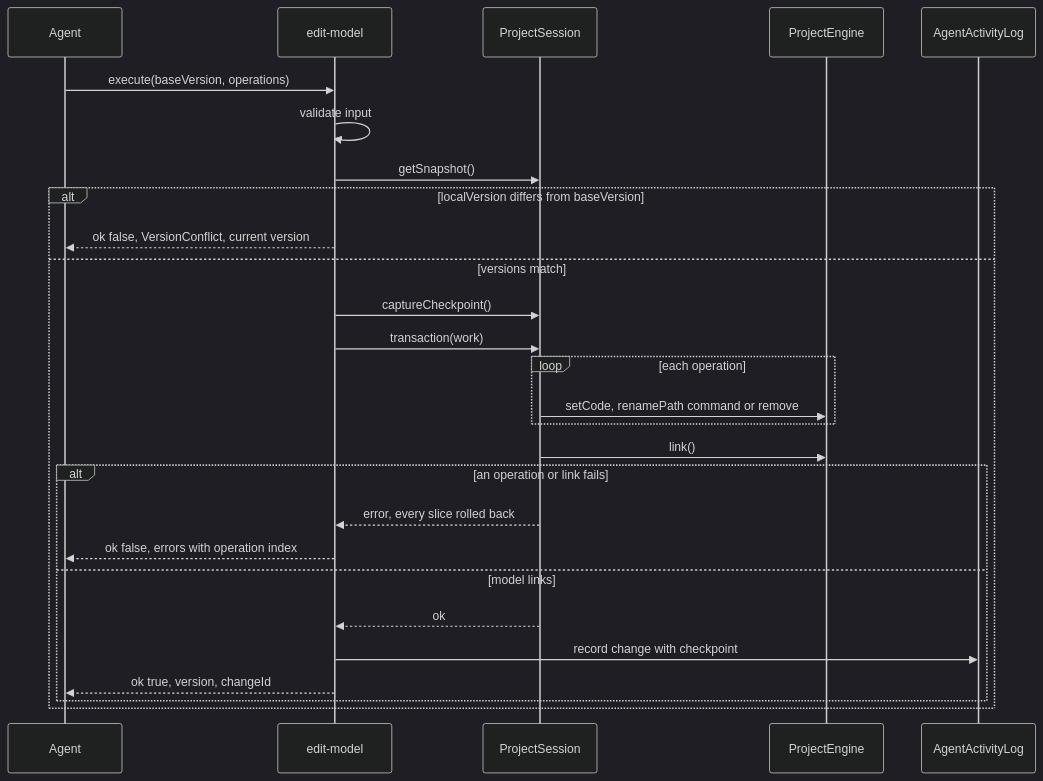
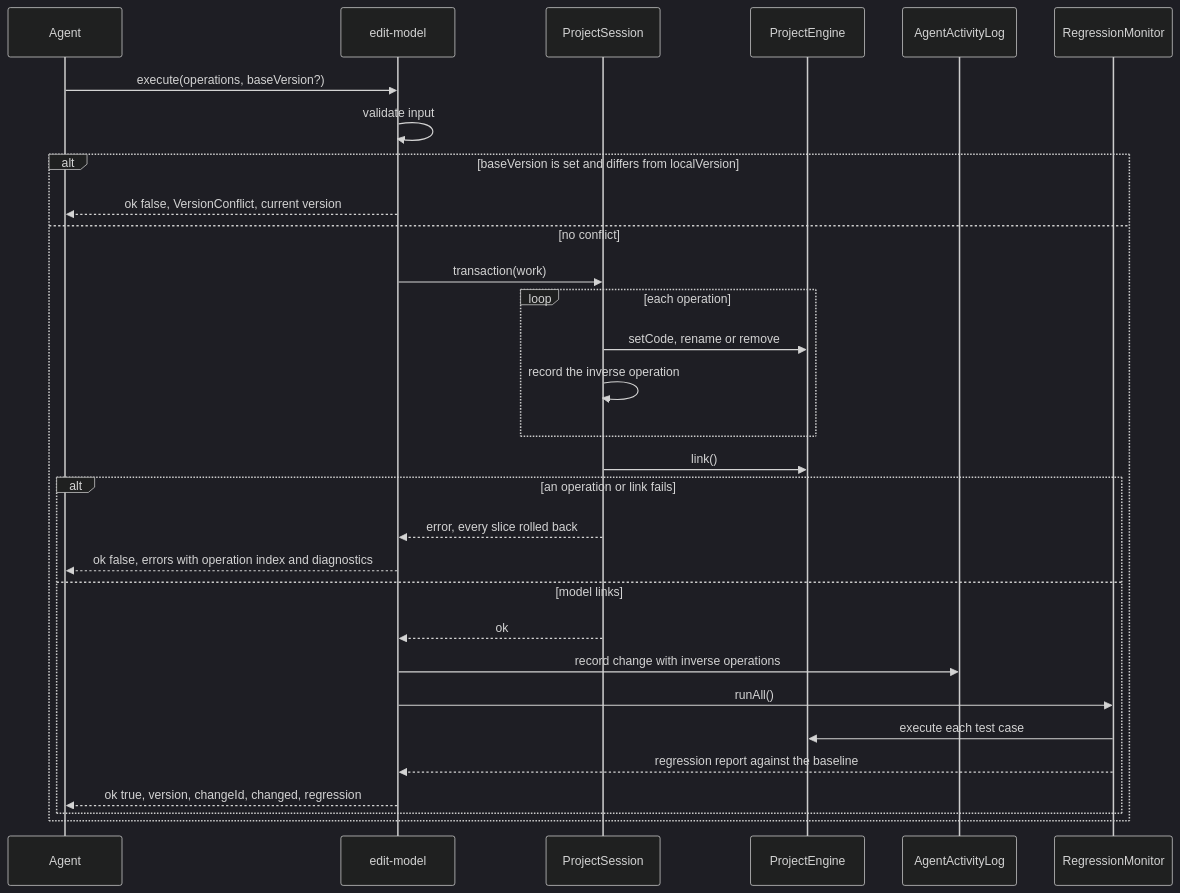
One commit to rimvydasb/edgerules-modeler changed the third of 5 diagrams in docs/stories/webmcp-story.md. Above: the diagram before and after it, drawn with Mermaid (dark theme). The commit also changed other lines of this file and 1 other file, not shown here.

````diff
--- a/docs/stories/webmcp-story.md
+++ b/docs/stories/webmcp-story.md
@@ -99,30 +139,33 @@
 ```mermaid
 sequenceDiagram
   participant A as Agent
   participant T as edit-model
   participant S as ProjectSession
   participant E as ProjectEngine
   participant L as AgentActivityLog
+  participant R as RegressionMonitor
 
-  A->>T: execute(baseVersion, operations)
+  A->>T: execute(operations, baseVersion?)
   T->>T: validate input
-  T->>S: getSnapshot()
-  alt localVersion differs from baseVersion
+  alt baseVersion is set and differs from localVersion
     T-->>A: ok false, VersionConflict, current version
-  else versions match
-    T->>S: captureCheckpoint()
+  else no conflict
     T->>S: transaction(work)
     loop each operation
-      S->>E: setCode, renamePath command or remove
+      S->>E: setCode, rename or remove
+      S->>S: record the inverse operation
     end
     S->>E: link()
     alt an operation or link fails
       S-->>T: error, every slice rolled back
-      T-->>A: ok false, errors with operation index
+      T-->>A: ok false, errors with operation index and diagnostics
     else model links
       S-->>T: ok
-      T->>L: record change with checkpoint
-      T-->>A: ok true, version, changeId
+      T->>L: record change with inverse operations
+      T->>R: runAll()
+      R->>E: execute each test case
+      R-->>T: regression report against the baseline
+      T-->>A: ok true, version, changeId, changed, regression
     end
   end
 ```
````
